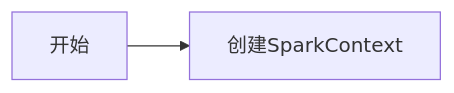
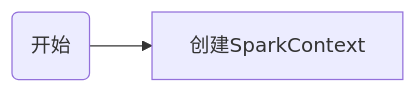
One commit to panladen/gitbook changed the diagram in 2-run architecture.md. Above: the diagram before and after it, drawn with Mermaid.

Commit message:
Updates 2-run architecture.md
Auto commit by GitBook Editor

````diff
--- a/2-run architecture.md
+++ b/2-run architecture.md
@@ -84,4 +84,4 @@
 ```{mermaid}
 graph LR
-  开始-->创建SparkContext  
+  A(开始)-->B[创建SparkContext]
 ```
````
